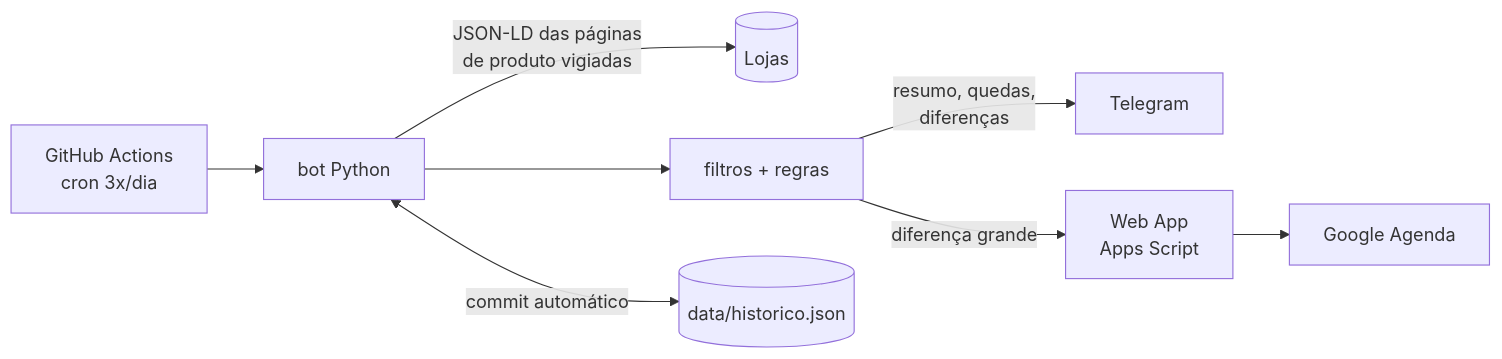
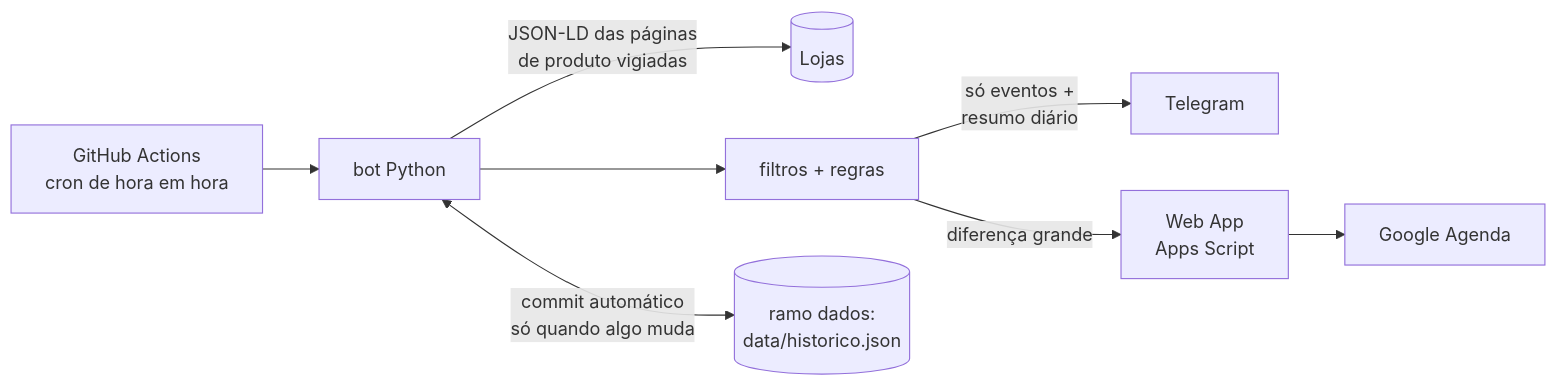
The diagram in README.md (julianocasemiro/monitor-ar-condicionado), drawn with Mermaid before and after one commit. The commit also changed other lines of this file and 2 other files, not shown here.

Commit message:
docs: registrar alertas por evento, ramo dados e marcas novas
Claude-Session: https://claude.ai/code/session_01LePRqCkBfae3RtfMenuV3Y

````diff
--- a/README.md
+++ b/README.md
@@ -13,9 +14,9 @@
 ```mermaid
 flowchart LR
-    A[GitHub Actions<br/>cron 3x/dia] --> B[bot Python]
+    A[GitHub Actions<br/>cron de hora em hora] --> B[bot Python]
     B -->|JSON-LD das páginas<br/>de produto vigiadas| C[(Lojas)]
     B --> D[filtros + regras]
-    D -->|resumo, quedas,<br/>diferenças| E[Telegram]
+    D -->|só eventos +<br/>resumo diário| E[Telegram]
     D -->|diferença grande| F[Web App<br/>Apps Script] --> G[Google Agenda]
-    B <-->|commit automático| H[(data/historico.json)]
+    B <-->|commit automático<br/>só quando algo muda| H[(ramo dados:<br/>data/historico.json)]
 ```
````
